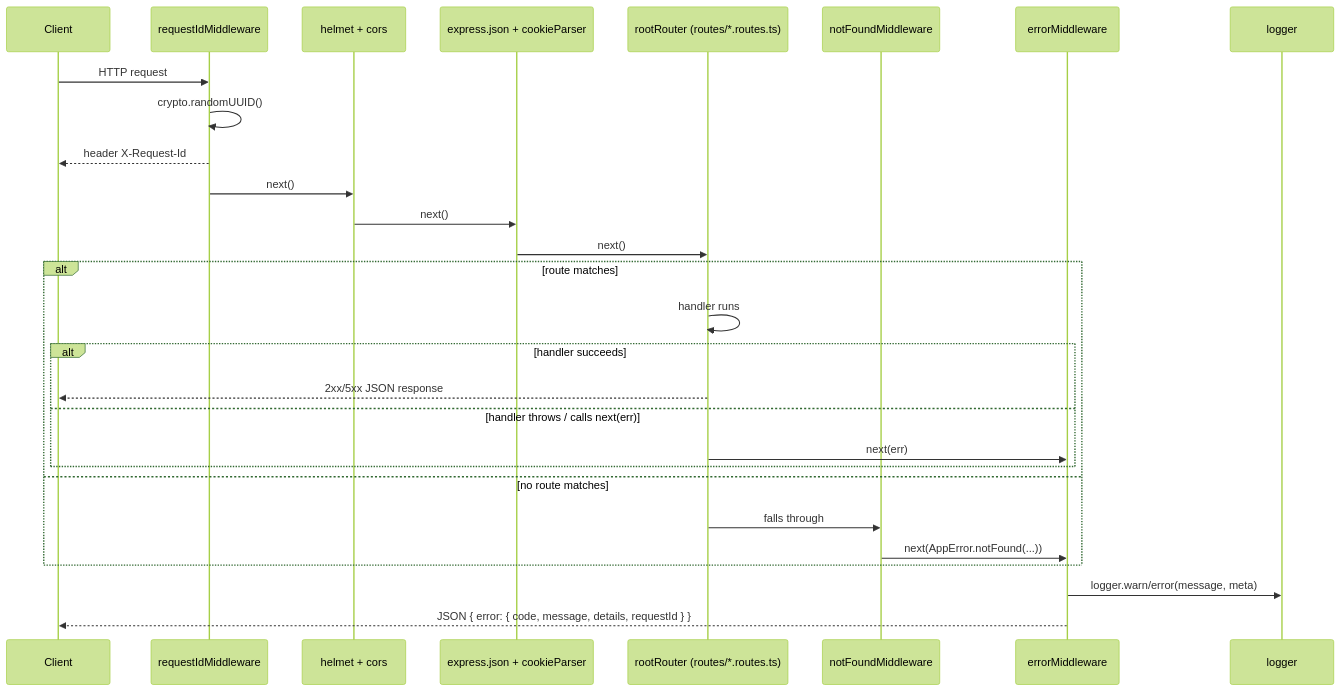
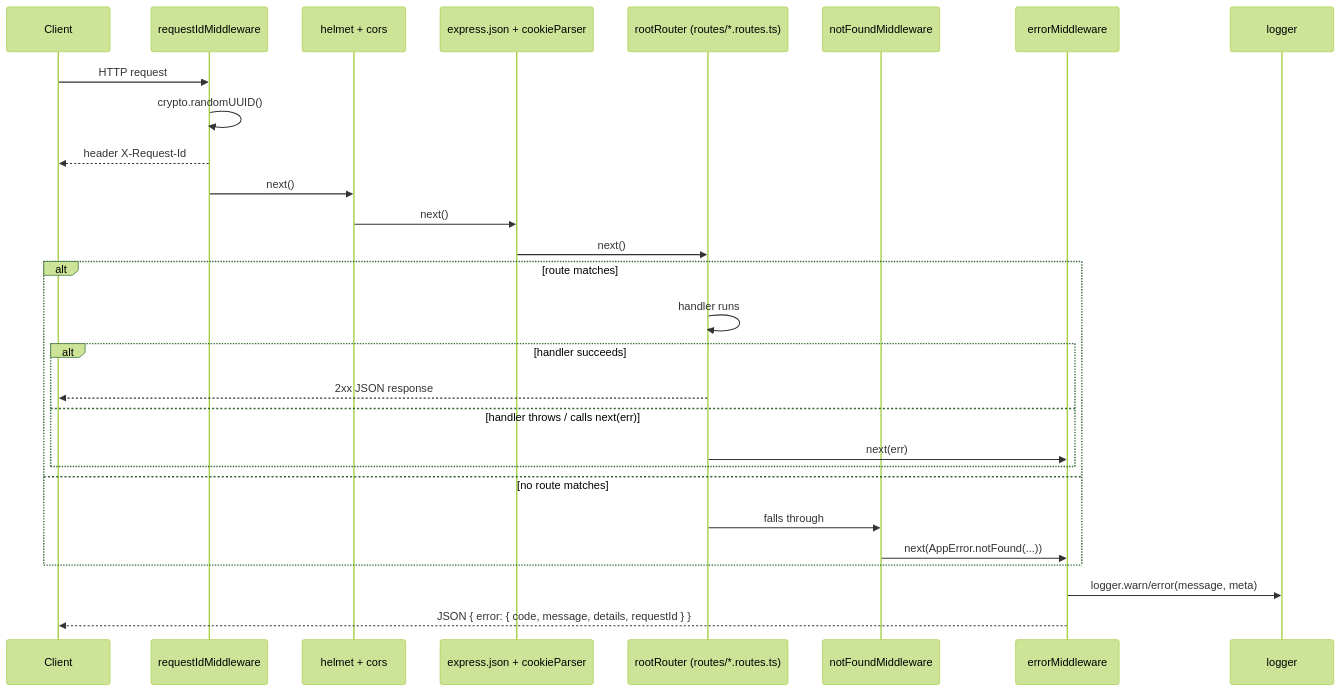
Before and after one commit to Novachocolat/rom-rag-sae-but3: the second of 4 diagrams in docs/ARCHITECTURE.md, drawn with Mermaid (forest theme). The commit also changed other lines of this file and 12 other files, not shown here.

````diff
--- a/docs/ARCHITECTURE.md
+++ b/docs/ARCHITECTURE.md
@@ -46,33 +46,33 @@
 ```mermaid
 sequenceDiagram
     participant C as Client
     participant RID as requestIdMiddleware
     participant SEC as helmet + cors
     participant BODY as express.json + cookieParser
     participant R as rootRouter (routes/*.routes.ts)
     participant NF as notFoundMiddleware
     participant ERR as errorMiddleware
     participant L as logger
 
     C->>RID: HTTP request
     RID->>RID: crypto.randomUUID()
     RID-->>C: header X-Request-Id
     RID->>SEC: next()
     SEC->>BODY: next()
     BODY->>R: next()
 
     alt route matches
         R->>R: handler runs
         alt handler succeeds
-            R-->>C: 2xx/5xx JSON response
+            R-->>C: 2xx JSON response
         else handler throws / calls next(err)
             R->>ERR: next(err)
         end
     else no route matches
         R->>NF: falls through
         NF->>ERR: next(AppError.notFound(...))
     end
 
     ERR->>L: logger.warn/error(message, meta)
     ERR-->>C: JSON { error: { code, message, details, requestId } }
 ```
````
